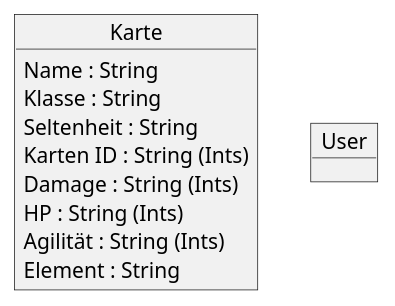
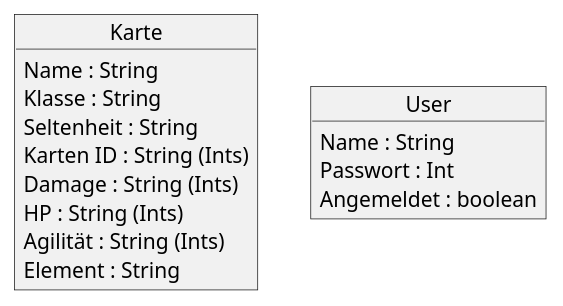
One commit to teach404W/Verwaltungssoftware_Team_2 changed the diagram in Docs/Pflichtenheft/Diagramme/Objektdiagramm.iuml. Above: the diagram before and after it, drawn with PlantUML.

Commit message:
Objekt Diagramm

```diff
--- a/Docs/Pflichtenheft/Diagramme/Objektdiagramm.iuml
+++ b/Docs/Pflichtenheft/Diagramme/Objektdiagramm.iuml
@@ -1,20 +1,23 @@
 @startuml
 
 Object Karte{
 
 Name : String
 Klasse : String
 Seltenheit : String
 Karten ID : String (Ints)
 Damage : String (Ints)
 HP : String (Ints)
 Agilität : String (Ints)
 Element : String
 }
 
 Object User{
 
+Name : String
+Passwort : Int
+Angemeldet : boolean
 
 }
 
 @enduml
```
